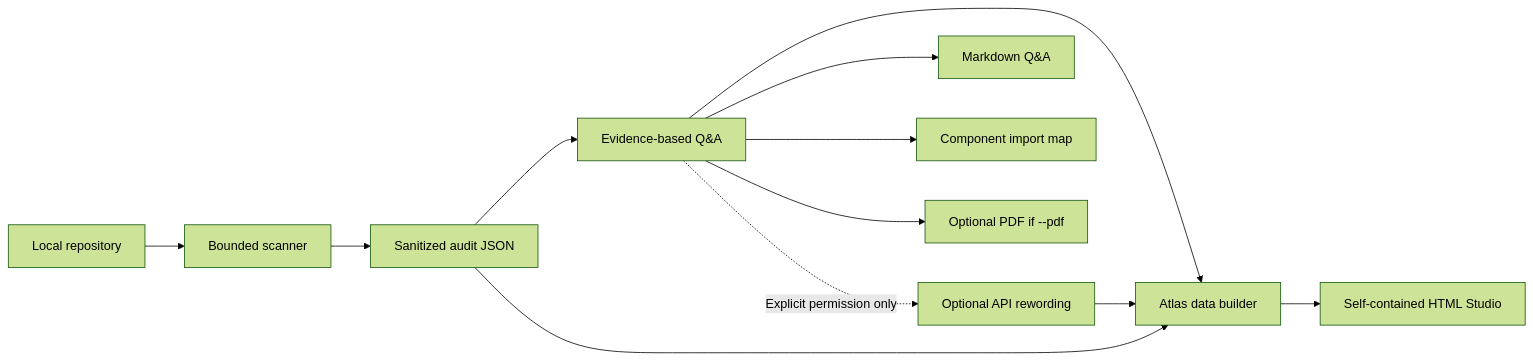
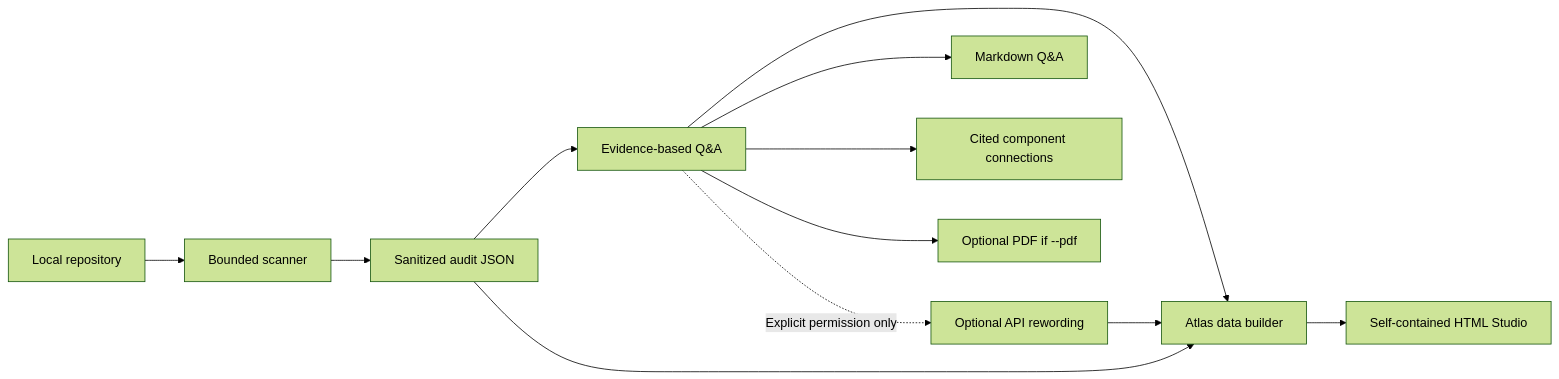
The diagram in docs/ARCHITECTURE.md (Gurtejhundal/Mercy), drawn with Mermaid (forest theme) before and after one commit. The commit also changed other lines of this file and 32 other files, not shown here.

Commit message:
Improve viva overview, source navigation and system architecture

````diff
--- a/docs/ARCHITECTURE.md
+++ b/docs/ARCHITECTURE.md
@@ -19,14 +19,14 @@
 ```mermaid
 flowchart LR
     A[Local repository] --> B[Bounded scanner]
     B --> C[Sanitized audit JSON]
     C --> D[Evidence-based Q&A]
     C --> E[Atlas data builder]
     D --> E
     E --> F[Self-contained HTML Studio]
     D --> G[Markdown Q&A]
-    D --> H[Component import map]
+    D --> H[Cited component connections]
     D --> I[Optional PDF if --pdf]
     D -. Explicit permission only .-> J[Optional API rewording]
     J --> E
 ```
````
